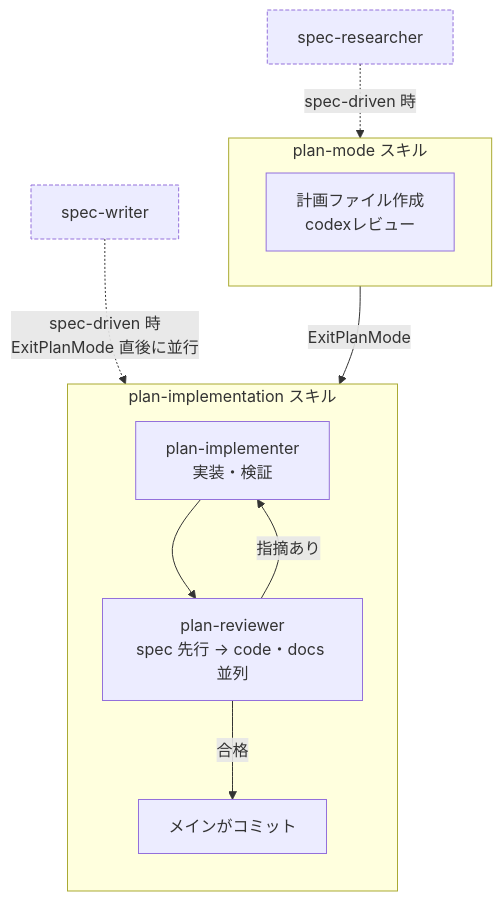
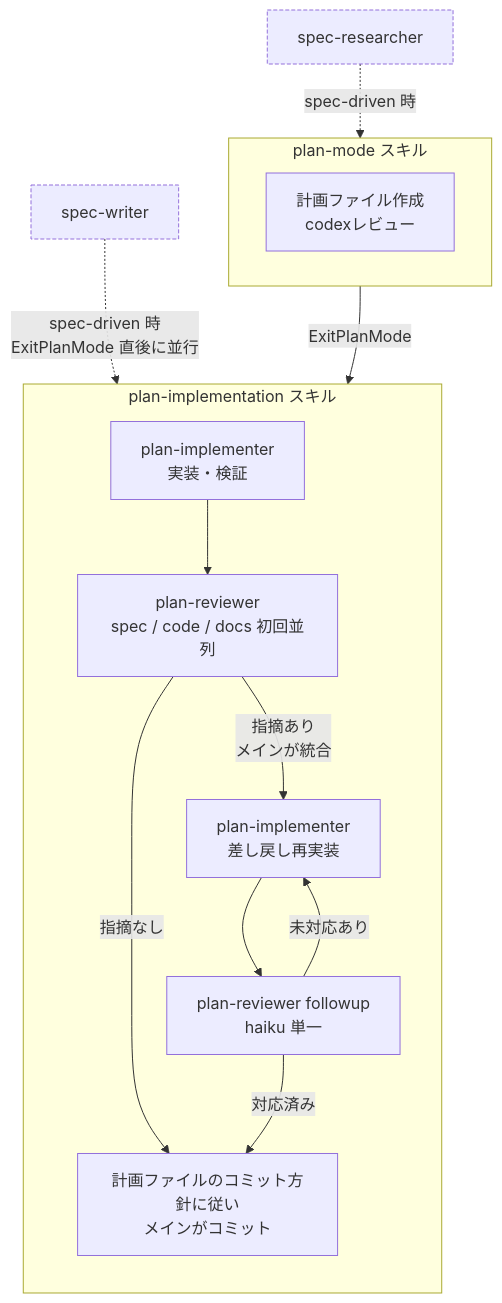
One commit to ak110/dotfiles changed the diagram in .claude/rules/plugins.md. Above: the diagram before and after it, drawn with Mermaid. The commit also changed other lines of this file and 10 other files, not shown here.

````diff
--- a/.claude/rules/plugins.md
+++ b/.claude/rules/plugins.md
@@ -137,18 +139,21 @@
 ```mermaid
 flowchart TB
     subgraph PM["plan-mode スキル"]
       P[計画ファイル作成<br/>codexレビュー]
     end
     subgraph PI["plan-implementation スキル"]
       direction TB
-      T[plan-implementer<br/>実装・検証] --> R[plan-reviewer<br/>spec 先行 → code・docs 並列]
-      R -->|指摘あり| T
-      R -->|合格| C[メインがコミット]
+      T[plan-implementer<br/>実装・検証] --> R1[plan-reviewer<br/>spec / code / docs 初回並列]
+      R1 -->|指摘あり<br/>メインが統合| T2[plan-implementer<br/>差し戻し再実装]
+      T2 --> R2[plan-reviewer followup<br/>haiku 単一]
+      R2 -->|未対応あり| T2
+      R1 -->|指摘なし| C[計画ファイルのコミット方針に従い<br/>メインがコミット]
+      R2 -->|対応済み| C
     end
     PM -->|ExitPlanMode| PI
 
     SR[spec-researcher]:::sd -.->|spec-driven 時| PM
     SW[spec-writer]:::sd -.->|spec-driven 時<br/>ExitPlanMode 直後に並行| T
 
     classDef sd stroke-dasharray: 4 2
 ```
````
